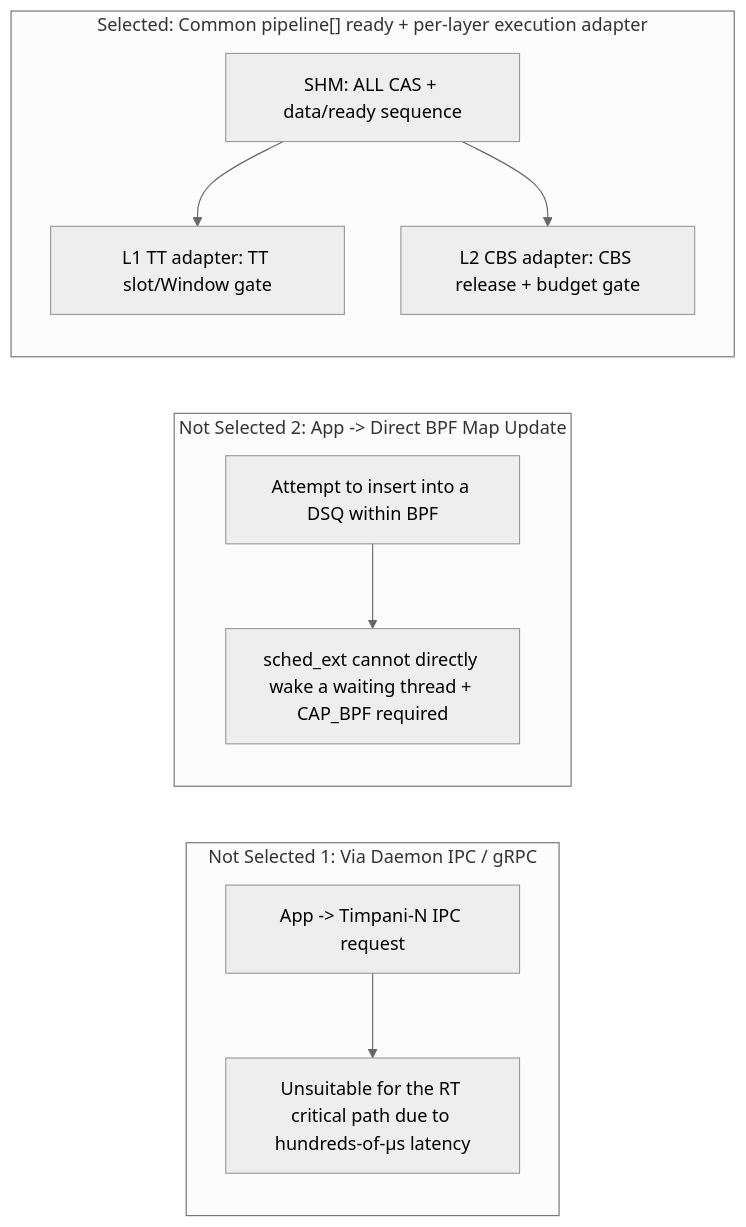
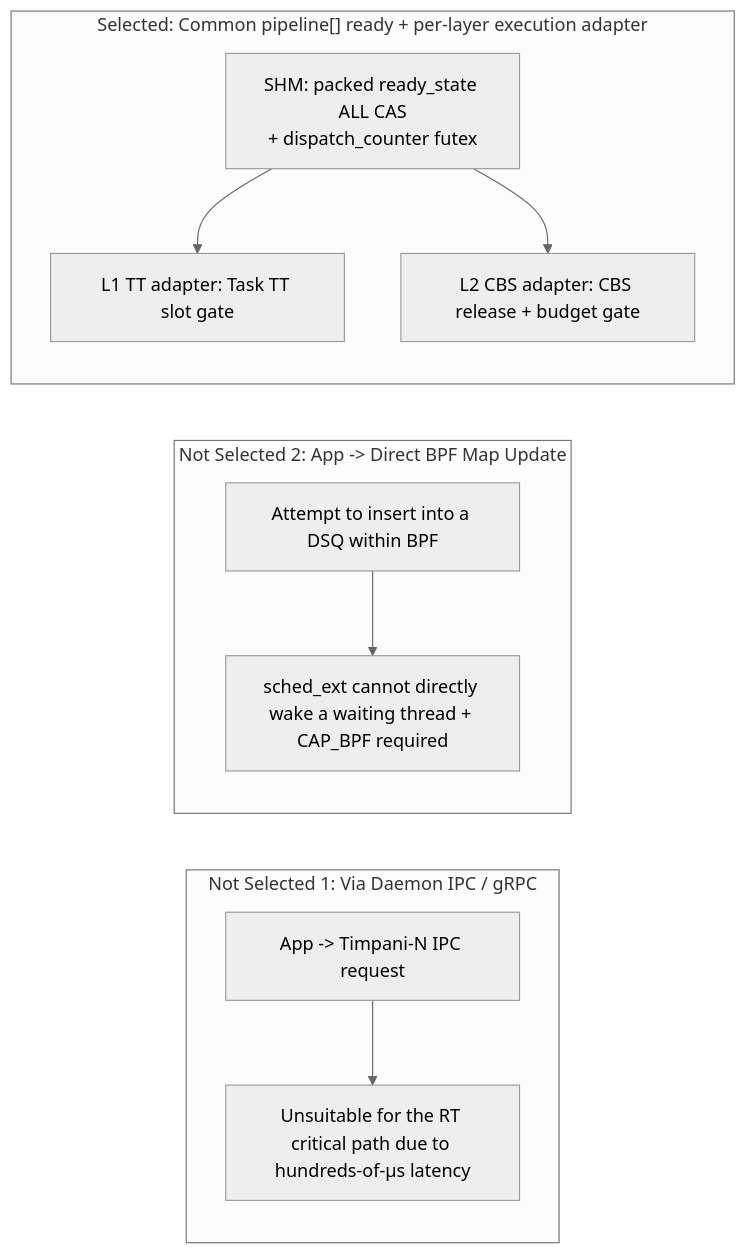
Before and after one commit to eclipse-timpani/timpani26: the diagram in doc/design/DDR-009-data-driven-workload.md, drawn with Mermaid (neutral theme). The commit also changed other lines of this file and 9 other files, not shown here.

````diff
--- a/doc/design/DDR-009-data-driven-workload.md
+++ b/doc/design/DDR-009-data-driven-workload.md
@@ -31,15 +31,15 @@
 ```mermaid
 flowchart LR
     subgraph Alt1["Not Selected 1: Via Daemon IPC / gRPC"]
         A1["App -> Timpani-N IPC request"] --> A2["Unsuitable for the RT critical path due to hundreds-of-μs latency"]
     end
 
     subgraph Alt2["Not Selected 2: App -> Direct BPF Map Update"]
         B1["Attempt to insert into a DSQ within BPF"] --> B2["sched_ext cannot directly wake a waiting thread + CAP_BPF required"]
     end
 
     subgraph Dec1["Selected: Common pipeline[] ready + per-layer execution adapter"]
-        C1["SHM: ALL CAS + data/ready sequence"] --> C2["L1 TT adapter: TT slot/Window gate"]
+        C1["SHM: packed ready_state ALL CAS<br/>+ dispatch_counter futex"] --> C2["L1 TT adapter: Task TT slot gate"]
         C1 --> C3["L2 CBS adapter: CBS release + budget gate"]
     end
 ```
````
